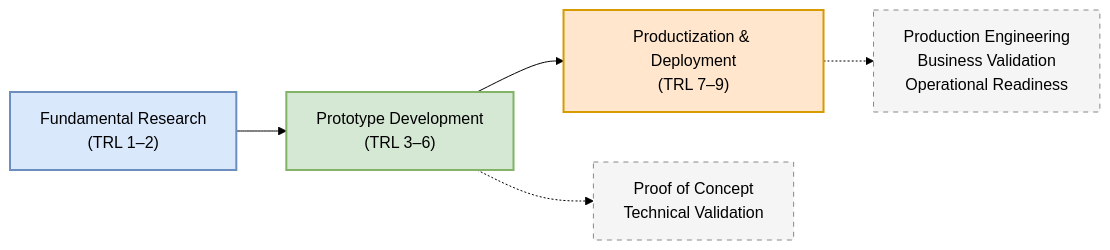
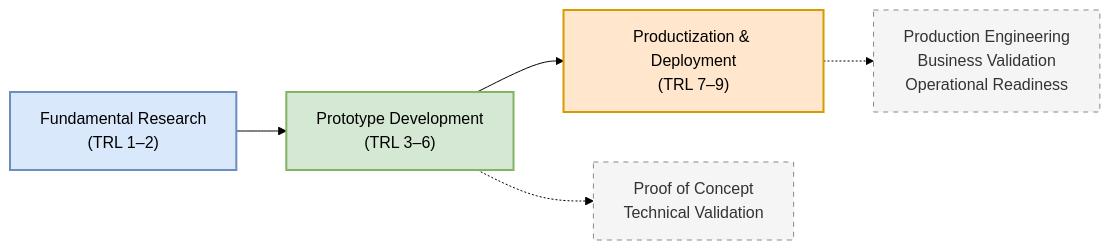
The diagram in _posts/2026-07-07-from-prototype-to-product-in-information-systems.md (exemuel/exemuel.github.io), drawn with Mermaid (forest theme) before and after one commit. The commit also changed other lines of this file, not shown here.

````diff
--- a/_posts/2026-07-07-from-prototype-to-product-in-information-systems.md
+++ b/_posts/2026-07-07-from-prototype-to-product-in-information-systems.md
@@ -220,22 +183,23 @@
 ```mermaid
 flowchart LR
     A["Fundamental Research<br/>(TRL 1–2)"]
     B["Prototype Development<br/>(TRL 3–6)"]
     C["Productization & Deployment<br/>(TRL 7–9)"]
 
     A --> B
     B --> C
 
     B -.-> P["Proof of Concept<br/>Technical Validation"]
     C -.-> Q["Production Engineering<br/>Business Validation<br/>Operational Readiness"]
 
-    classDef research fill:#dae8fc,stroke:#6c8ebf,stroke-width:2px;
-    classDef prototype fill:#d5e8d4,stroke:#82b366,stroke-width:2px;
-    classDef product fill:#ffe6cc,stroke:#d79b00,stroke-width:2px;
-    classDef note fill:#f5f5f5,stroke:#888,stroke-dasharray:5 5;
+    classDef research fill:#dae8fc,stroke:#6c8ebf,stroke-width:2px,color:#000;
+    classDef prototype fill:#d5e8d4,stroke:#82b366,stroke-width:2px,color:#000;
+    classDef product fill:#ffe6cc,stroke:#d79b00,stroke-width:2px,color:#000;
+    classDef note fill:#f5f5f5,stroke:#888,stroke-dasharray:5 5,color:#333;
 
     class A research;
     class B prototype;
     class C product;
     class P,Q note;
+
 ```
````
